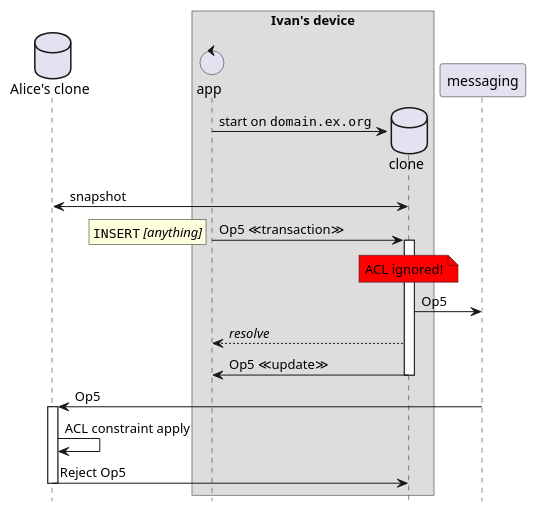
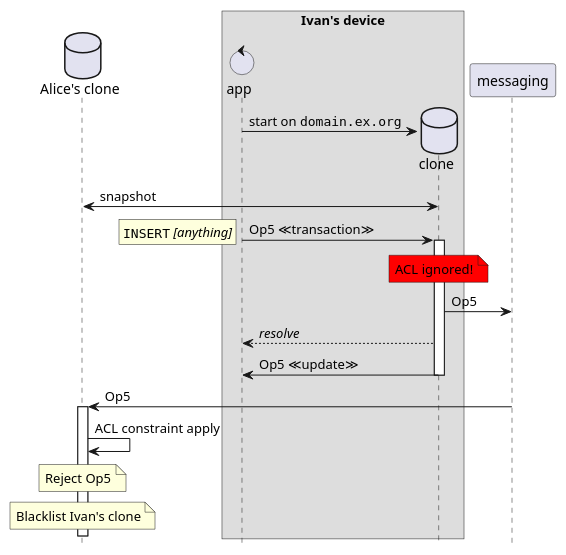
The diagram in design/4-ivan-malware-clone-reject.seq.puml (m-ld/m-ld-security-spec), drawn with PlantUML before and after one commit. The commit also changed 24 other files, not shown here.

```diff
--- a/design/4-ivan-malware-clone-reject.seq.puml
+++ b/design/4-ivan-malware-clone-reject.seq.puml
@@ -1,27 +1,28 @@
 @startuml
 'https://plantuml.com/sequence-diagram
 hide footbox
 
 database "Alice's clone" as genesis
 box Ivan's device
 control "app" as proc2
 database "clone" as clone3
 end box
 
 proc2 -> clone3 **: start on ""domain.ex.org""
 
 clone3 <-> genesis: snapshot
 
 proc2 -> clone3 ++: Op5 ≪transaction≫
 rnote left: ""INSERT"" //[anything]//
 
 note over clone3 #red: ACL ignored!
 clone3 -> messaging: Op5
 clone3 --> proc2: //resolve//
 clone3 -> proc2 --: Op5 ≪update≫
 
 messaging -> genesis ++: Op5
 genesis -> genesis: ACL constraint apply
-genesis -> clone3 --: Reject Op5
+note over genesis: Reject Op5
+note over genesis: Blacklist Ivan's clone
 
 @enduml
```
